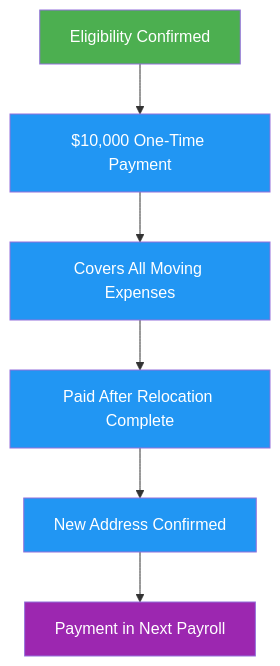
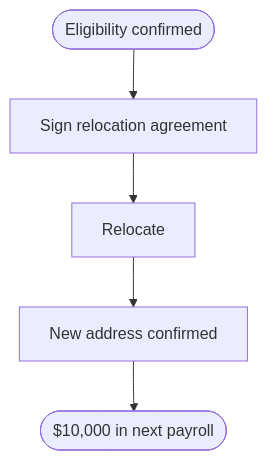
Before and after one commit to ultralytics/handbook: the diagram in docs/en/finance/relocation.md, drawn with Mermaid. The commit also changed 16 other files, not shown here.

Commit message:
Migrate handbook Mermaid diagrams to the unified design system (#363)

````diff
--- a/docs/en/finance/relocation.md
+++ b/docs/en/finance/relocation.md
@@ -63,12 +63,7 @@
 ```mermaid
-graph TD
-    A[Eligibility Confirmed]:::start --> B[$10,000 One-Time Payment]:::proc
-    B --> C[Covers All Moving Expenses]:::proc
-    C --> D[Paid After Relocation Complete]:::proc
-    D --> E[New Address Confirmed]:::proc
-    E --> F[Payment in Next Payroll]:::out
-
-    classDef start fill:#4CAF50,color:#fff
-    classDef proc fill:#2196F3,color:#fff
-    classDef out fill:#9C27B0,color:#fff
+flowchart TD
+    A([Eligibility confirmed]) --> B[Sign relocation agreement]
+    B --> C[Relocate]
+    C --> D[New address confirmed]
+    D --> E(["$10,000 in next payroll"])
 ```
````
